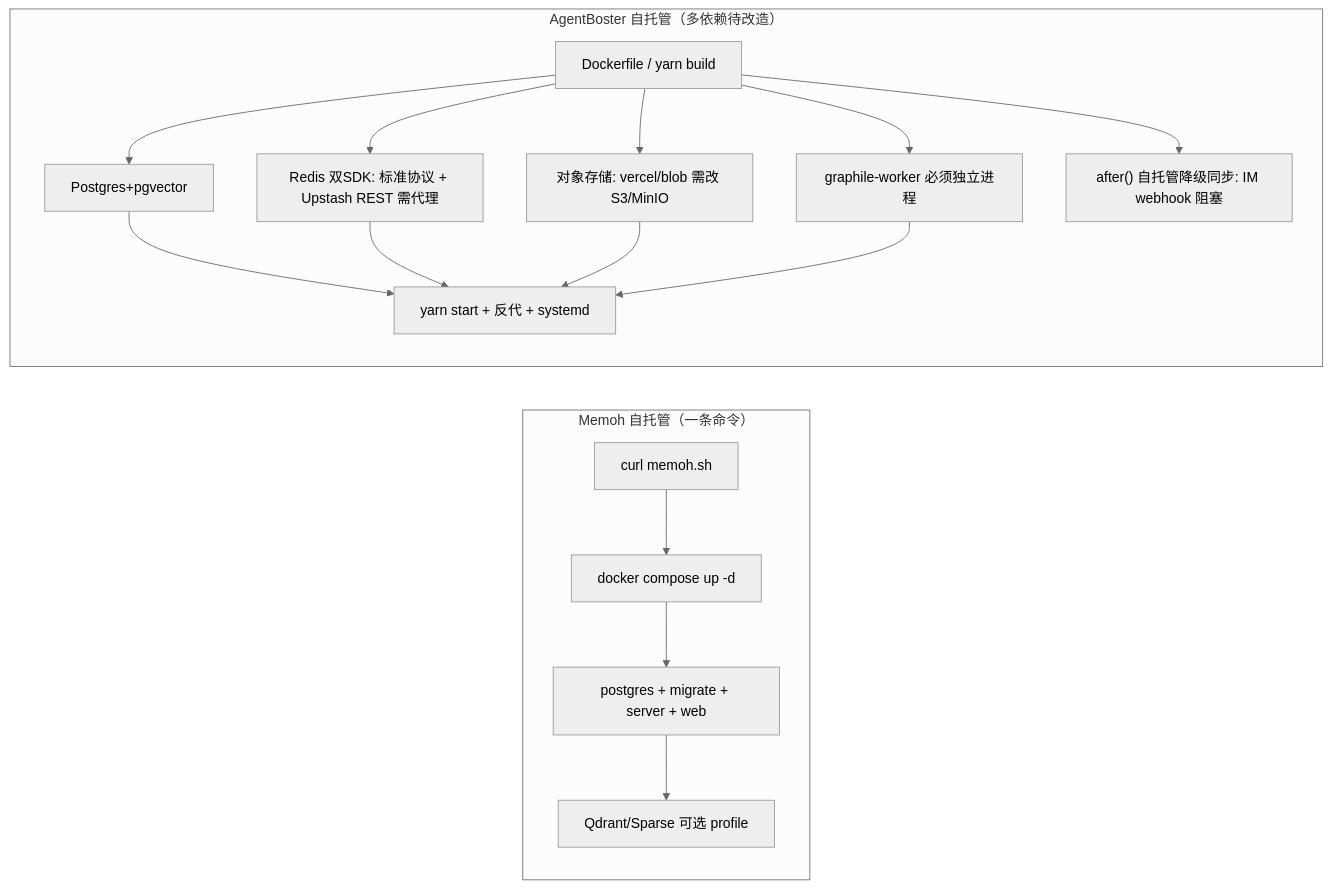
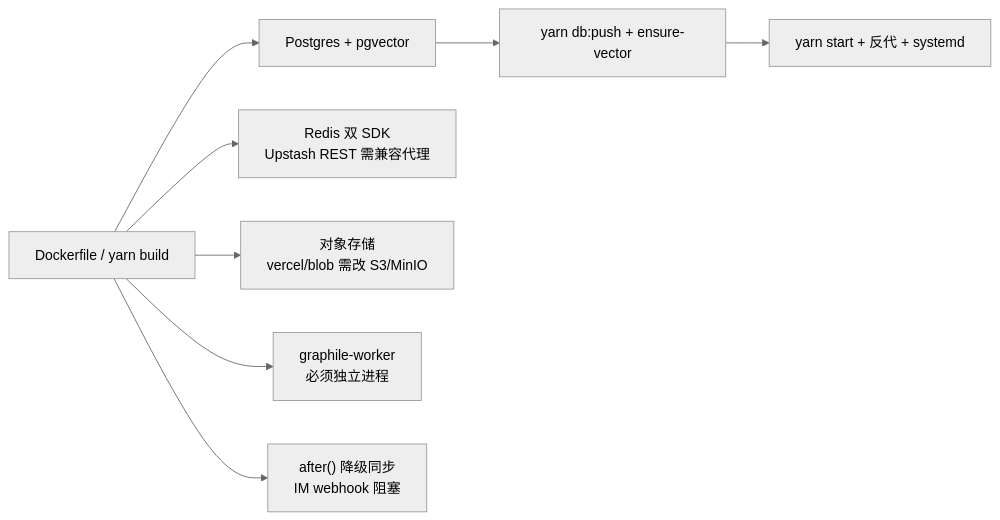
One commit to NekoSekaiMoe/agentboster changed the second of 32 diagrams in docs/memoh-vs-agentboster.md. Above: the diagram before and after it, drawn with Mermaid (neutral theme). The commit also changed other lines of this file, not shown here.

````diff
--- a/docs/memoh-vs-agentboster.md
+++ b/docs/memoh-vs-agentboster.md
@@ -17,16 +31,10 @@
 ```mermaid
 flowchart LR
-    subgraph M["Memoh 自托管（一条命令）"]
-        M1["curl memoh.sh"] --> M2["docker compose up -d"]
-        M2 --> M3["postgres + migrate + server + web"]
-        M3 --> M4["Qdrant/Sparse 可选 profile"]
-    end
-    subgraph A["AgentBoster 自托管（多依赖待改造）"]
-        A1["Dockerfile / yarn build"] --> A2["Postgres+pgvector"]
-        A1 --> A3["Redis 双SDK: 标准协议 + Upstash REST 需代理"]
-        A1 --> A4["对象存储: vercel/blob 需改 S3/MinIO"]
-        A1 --> A5["graphile-worker 必须独立进程"]
-        A1 --> A6["after() 自托管降级同步: IM webhook 阻塞"]
-        A2 & A3 & A4 & A5 --> A7["yarn start + 反代 + systemd"]
-    end
+    B1["Dockerfile / yarn build"] --> B2["Postgres + pgvector"]
+    B1 --> B3["Redis 双 SDK<br/>Upstash REST 需兼容代理"]
+    B1 --> B4["对象存储<br/>vercel/blob 需改 S3/MinIO"]
+    B1 --> B5["graphile-worker<br/>必须独立进程"]
+    B1 --> B6["after() 降级同步<br/>IM webhook 阻塞"]
+    B2 --> B7["yarn db:push + ensure-vector"]
+    B7 --> B8["yarn start + 反代 + systemd"]
 ```
````
